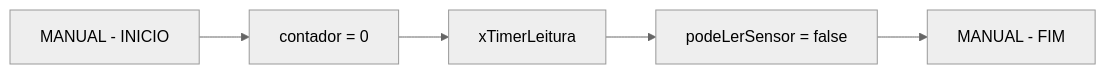
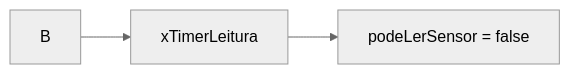
The sixth of 13 diagrams in examples/ESP32/ILI9488/proj_motor/fluxo.md (fkimagem/displayfk), drawn with Mermaid (neutral theme) before and after one commit. The commit also changed other lines of this file and 5 other files, not shown here.

````diff
--- a/examples/ESP32/ILI9488/proj_motor/fluxo.md
+++ b/examples/ESP32/ILI9488/proj_motor/fluxo.md
@@ -167,7 +159,5 @@
 ```mermaid
 flowchart LR
-    A["MANUAL - INICIO"] --> B["contador = 0"]
     B --> C["xTimerLeitura"]
     C --> D["podeLerSensor = false"]
-    D --> E["MANUAL - FIM"]
 ```
````
